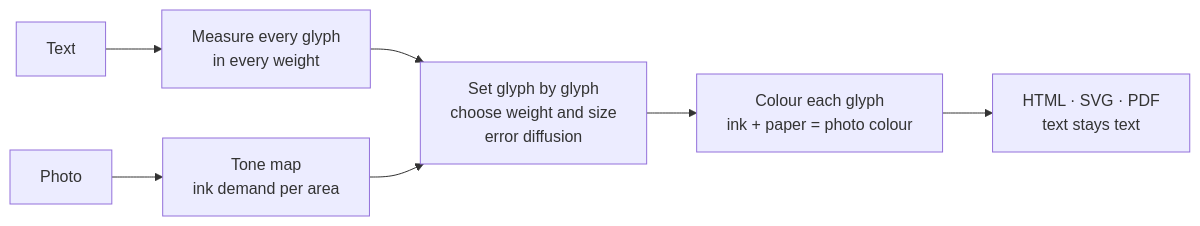
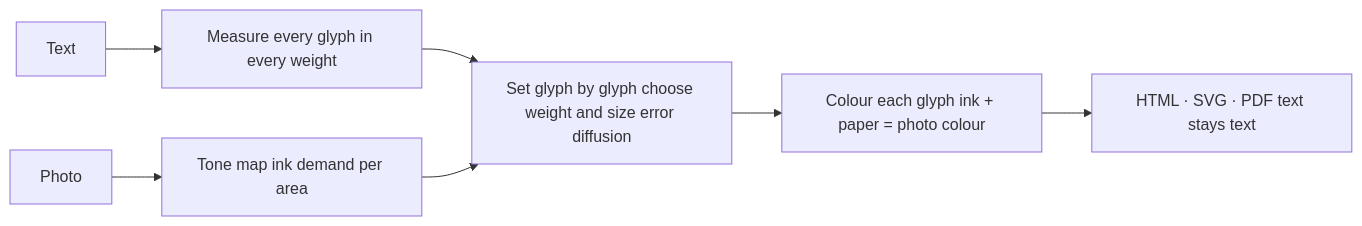
Before and after one commit to typographics-art/typogram: the diagram in about/typographics-art.md, drawn with Mermaid. The commit also changed other lines of this file and 4 other files, not shown here.

````diff
--- a/about/typographics-art.md
+++ b/about/typographics-art.md
@@ -195,9 +212,9 @@
 ```mermaid
 flowchart LR
-  T[Text] --> M[Measure every glyph<br>in every weight]
-  P[Photo] --> D[Tone map<br>ink demand per area]
-  M --> S[Set glyph by glyph<br>choose weight and size<br>error diffusion]
-  D --> S
-  S --> C[Colour each glyph<br>ink + paper = photo colour]
-  C --> O[HTML · SVG · PDF<br>text stays text]
+ T[Text] --> M[Measure every glyph in every weight]
+ P[Photo] --> D[Tone map ink demand per area]
+ M --> S[Set glyph by glyph choose weight and size error diffusion]
+ D --> S
+ S --> C[Colour each glyph ink + paper = photo colour]
+ C --> O[HTML · SVG · PDF text stays text]
 ```
````
